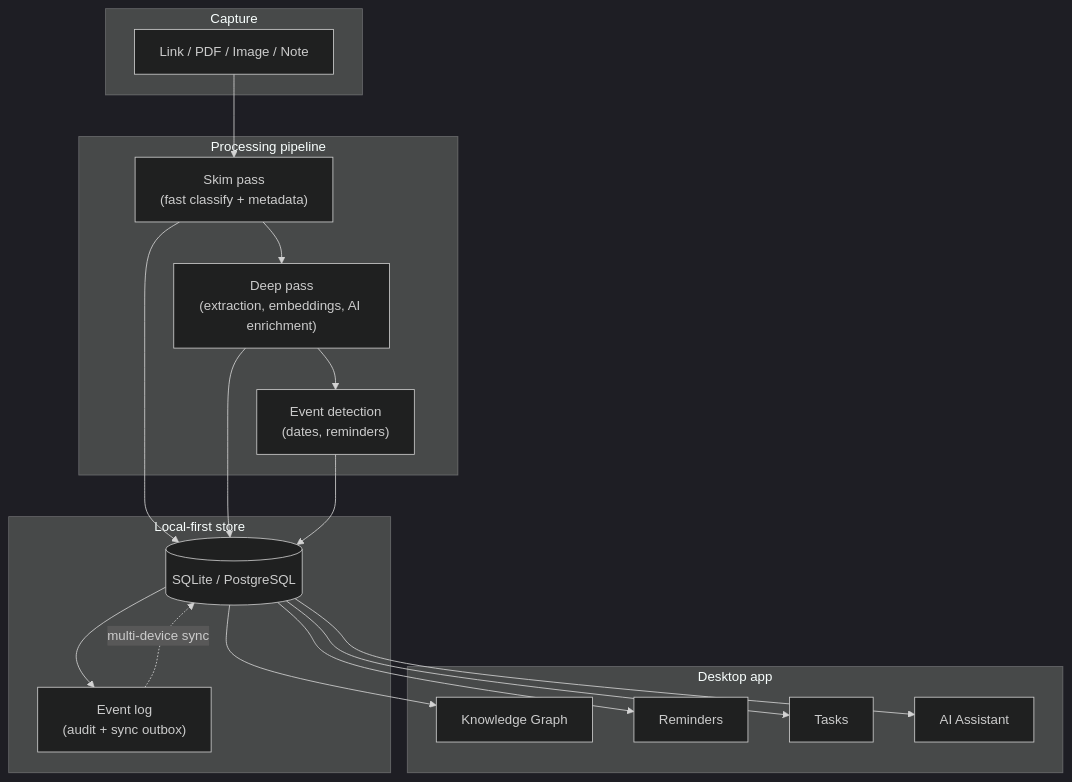
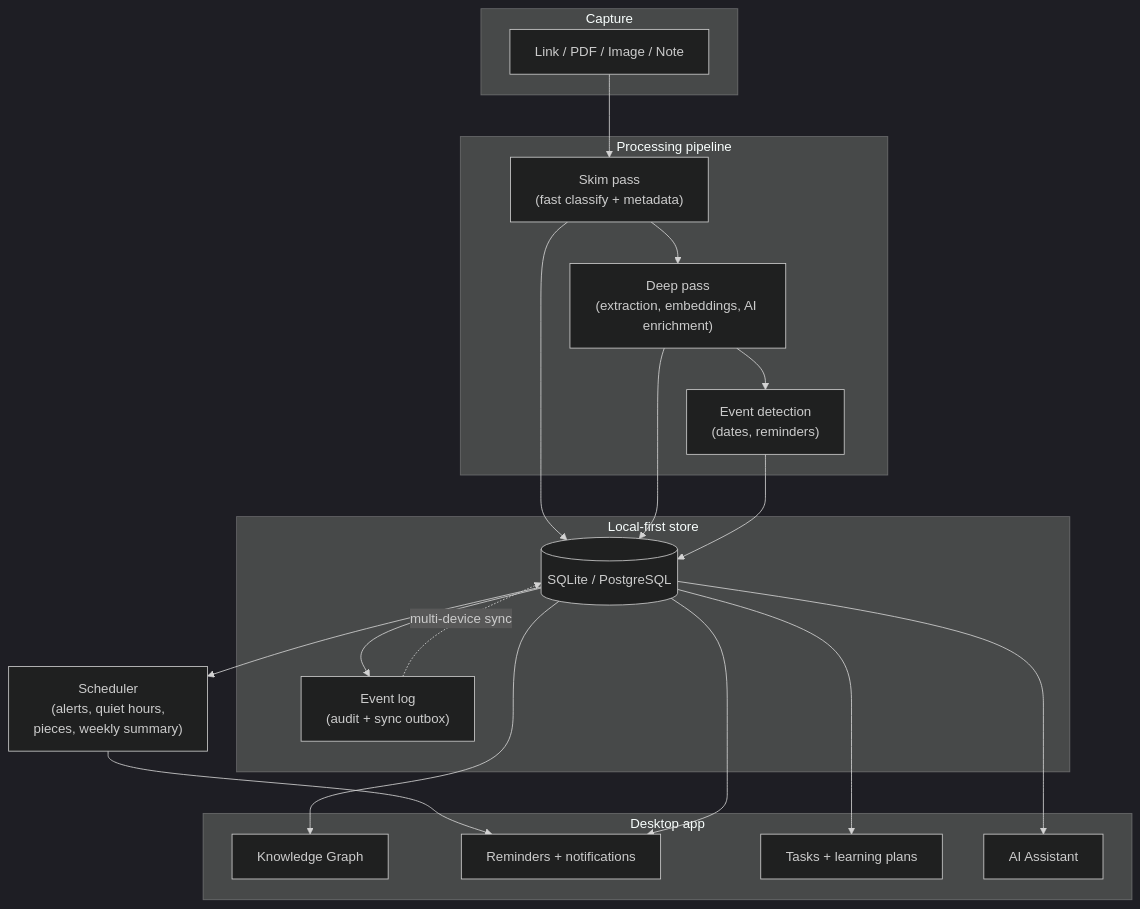
Before and after one commit to NoName7n11/Self-System: the diagram in README.md, drawn with Mermaid (dark theme). The commit also changed other lines of this file, not shown here.

````diff
--- a/README.md
+++ b/README.md
@@ -20,32 +31,34 @@
 ```mermaid
 flowchart TB
     subgraph Capture["Capture"]
         A[Link / PDF / Image / Note]
     end
 
     subgraph Pipeline["Processing pipeline"]
         B["Skim pass\n(fast classify + metadata)"]
         C["Deep pass\n(extraction, embeddings, AI enrichment)"]
         D["Event detection\n(dates, reminders)"]
     end
 
     subgraph Store["Local-first store"]
         E[(SQLite / PostgreSQL)]
         F["Event log\n(audit + sync outbox)"]
     end
 
     subgraph Surface["Desktop app"]
         G[Knowledge Graph]
-        H[Reminders]
-        I[Tasks]
+        H[Reminders + notifications]
+        I[Tasks + learning plans]
         J[AI Assistant]
     end
 
     A --> B --> C --> D
     B --> E
     C --> E
     D --> E
+    K["Scheduler\n(alerts, quiet hours,\npieces, weekly summary)"]
+    E --> K --> H
     E --> F
     E --> G & H & I & J
     F -. multi-device sync .-> E
 ```
````
